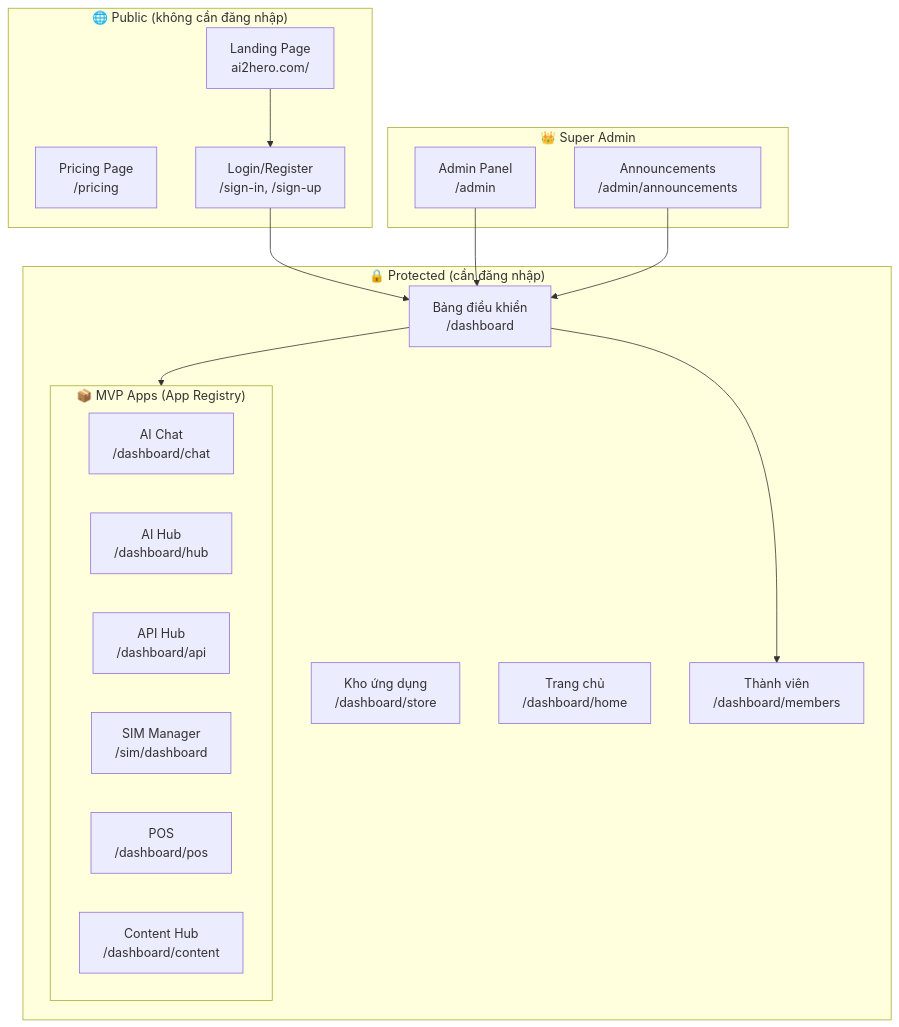
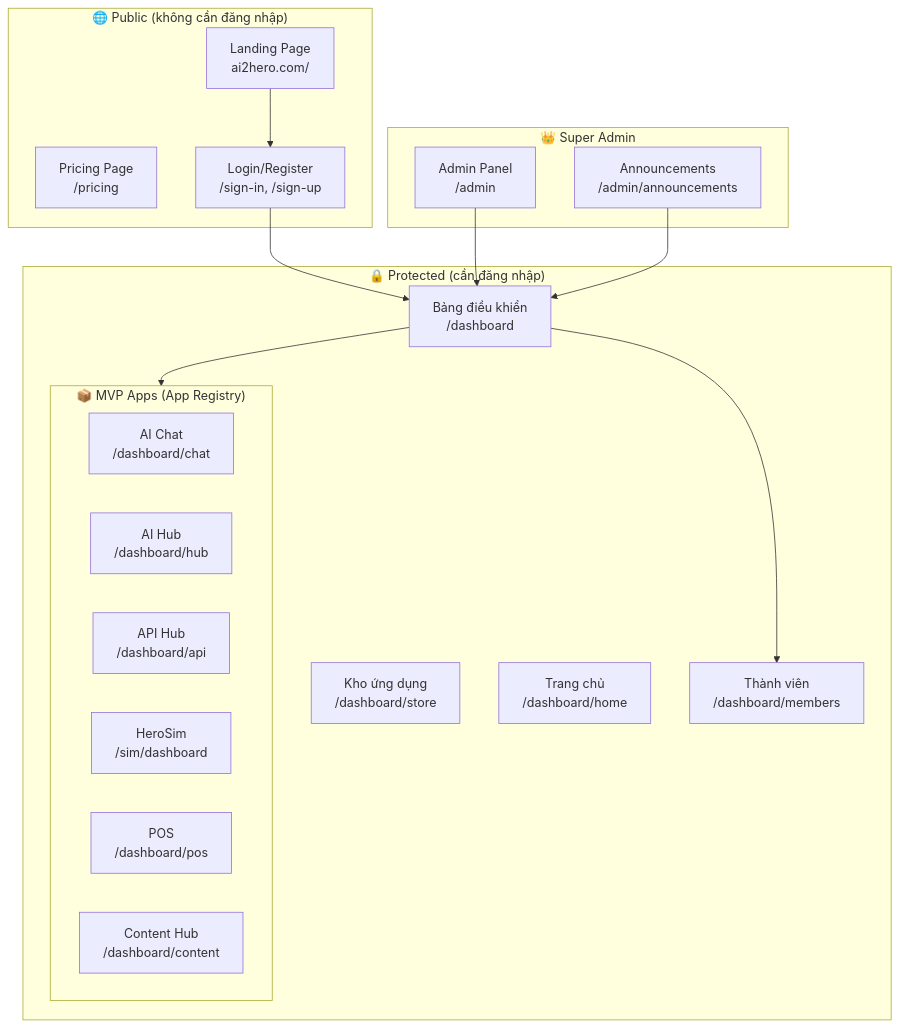
Before and after one commit to nvhung1088-alt/ai2hero: the diagram in UI_MAP.md, drawn with Mermaid. The commit also changed other lines of this file and 14 other files, not shown here.

Commit message:
feat: rename SIM Manager to HeroSim and upgrade Vault security with session storage

````diff
--- a/UI_MAP.md
+++ b/UI_MAP.md
@@ -7,36 +7,36 @@
 ```mermaid
 graph TB
     subgraph Public["🌐 Public (không cần đăng nhập)"]
         LP[Landing Page<br>ai2hero.com/]
         PR[Pricing Page<br>/pricing]
         LG[Login/Register<br>/sign-in, /sign-up]
     end
 
     subgraph Protected["🔒 Protected (cần đăng nhập)"]
         DB[Bảng điều khiển<br>/dashboard]
         ST[Kho ứng dụng<br>/dashboard/store]
         HM[Trang chủ<br>/dashboard/home]
         MB[Thành viên<br>/dashboard/members]
         
         subgraph MVPs["📦 MVP Apps (App Registry)"]
             CHAT[AI Chat<br>/dashboard/chat]
             HUB[AI Hub<br>/dashboard/hub]
             API[API Hub<br>/dashboard/api]
-            SIM[SIM Manager<br>/sim/dashboard]
+            SIM[HeroSim<br>/sim/dashboard]
             POS[POS<br>/dashboard/pos]
             CONTENT[Content Hub<br>/dashboard/content]
         end
     end
 
     subgraph Admin["👑 Super Admin"]
         SA[Admin Panel<br>/admin]
         AN[Announcements<br>/admin/announcements]
     end
 
     LP --> LG
     LG --> DB
     DB --> MVPs
     DB --> MB
     SA --> DB
     AN --> DB
 ```
````
